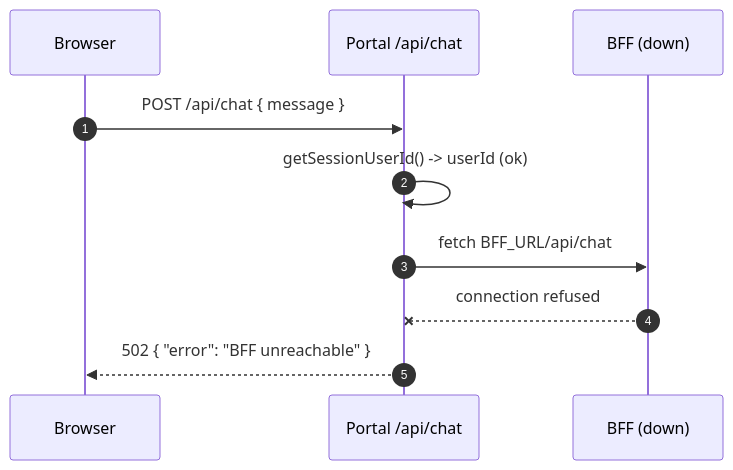
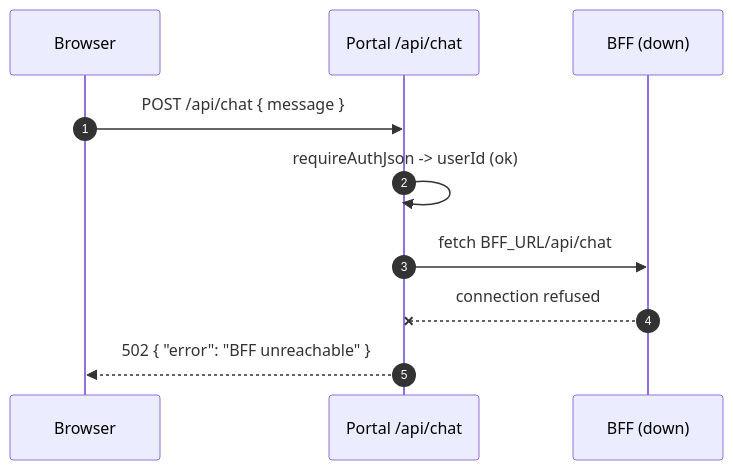
Before and after one commit to akashh94/akapal-geap-chat-portal: the sixth of 6 diagrams in docs/03-flows.md, drawn with Mermaid. The commit also changed other lines of this file and 7 other files, not shown here.

````diff
--- a/docs/03-flows.md
+++ b/docs/03-flows.md
@@ -197,13 +197,13 @@
 ```mermaid
 sequenceDiagram
   autonumber
   participant U as Browser
   participant P as Portal /api/chat
   participant B as BFF (down)
 
   U->>P: POST /api/chat { message }
-  P->>P: getSessionUserId() -> userId (ok)
+  P->>P: requireAuthJson -> userId (ok)
   P->>B: fetch BFF_URL/api/chat
   B--xP: connection refused
   P-->>U: 502 { "error": "BFF unreachable" }
 ```
````
